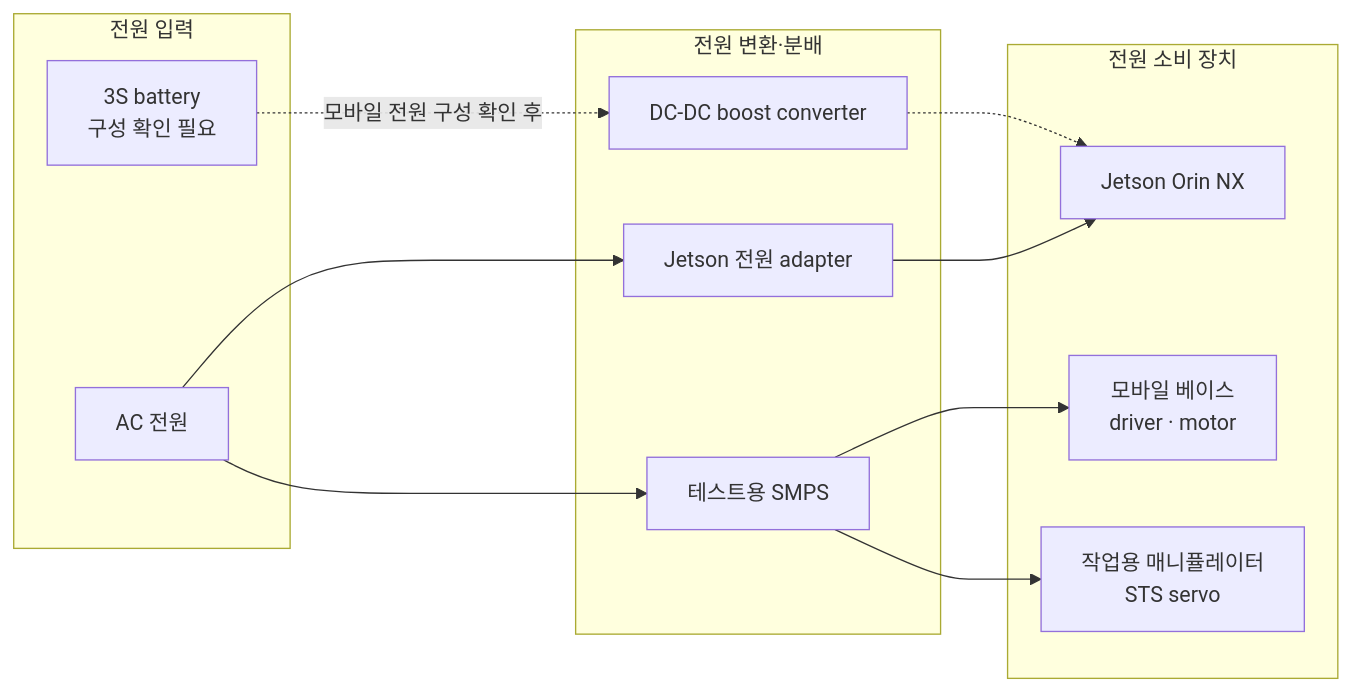
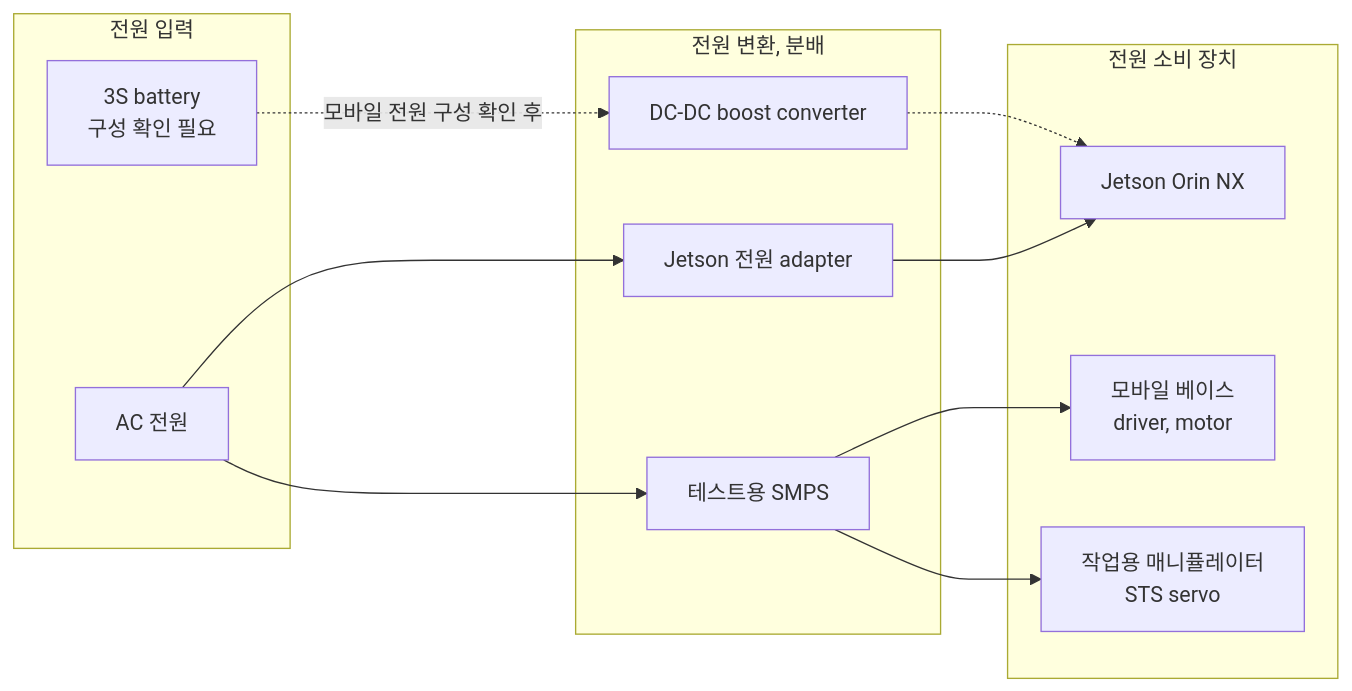
One commit to asm17-moving-agent/cleany-docs changed the second of 3 diagrams in 20_TECHNICAL/12 - Hardware Configuration.md. Above: the diagram before and after it, drawn with Mermaid. The commit also changed other lines of this file and 53 other files, not shown here.

````diff
--- a/20_TECHNICAL/12 - Hardware Configuration.md
+++ b/20_TECHNICAL/12 - Hardware Configuration.md
@@ -146,24 +136,24 @@
 ```mermaid
 flowchart LR
     subgraph input["전원 입력"]
         AC["AC 전원"]
         BAT["3S battery<br/>구성 확인 필요"]
     end
 
-    subgraph conversion["전원 변환·분배"]
+    subgraph conversion["전원 변환, 분배"]
         ADAPTER["Jetson 전원 adapter"]
         SMPS["테스트용 SMPS"]
         BOOST["DC-DC boost converter"]
     end
 
     subgraph consumers["전원 소비 장치"]
         J["Jetson Orin NX"]
-        B["모바일 베이스<br/>driver · motor"]
+        B["모바일 베이스<br/>driver, motor"]
         A["작업용 매니퓰레이터<br/>STS servo"]
     end
 
     AC --> ADAPTER --> J
     AC --> SMPS --> B
     SMPS --> A
     BAT -. "모바일 전원 구성 확인 후" .-> BOOST -.-> J
 ```
````
